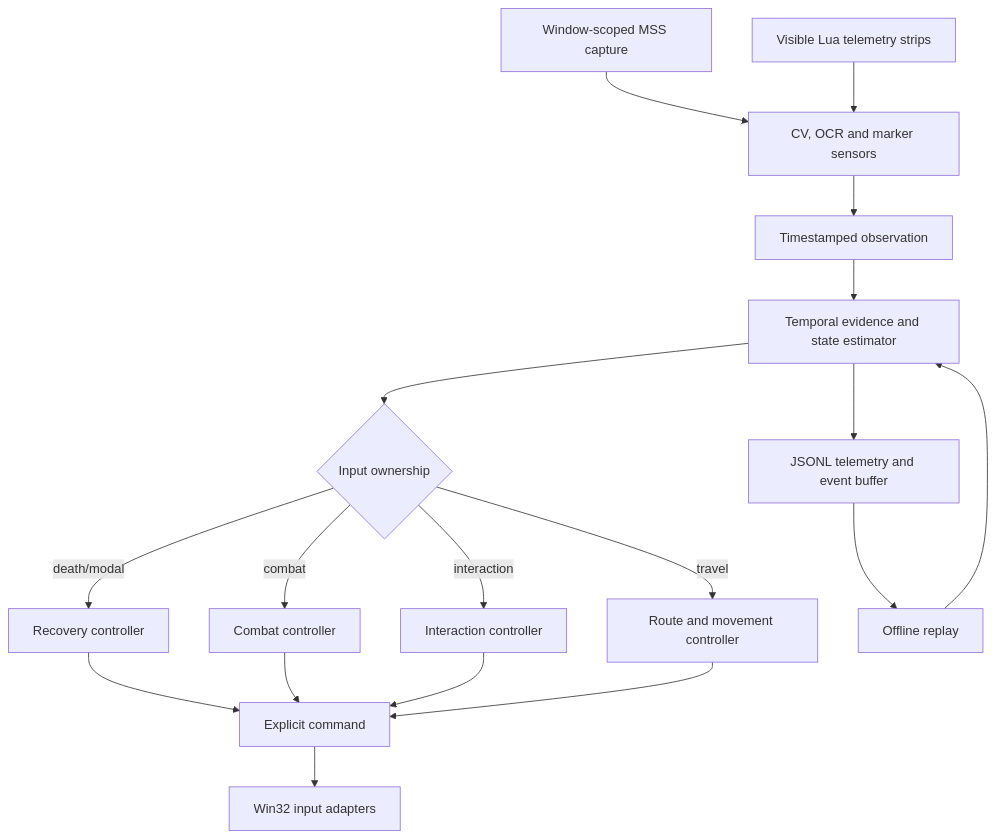
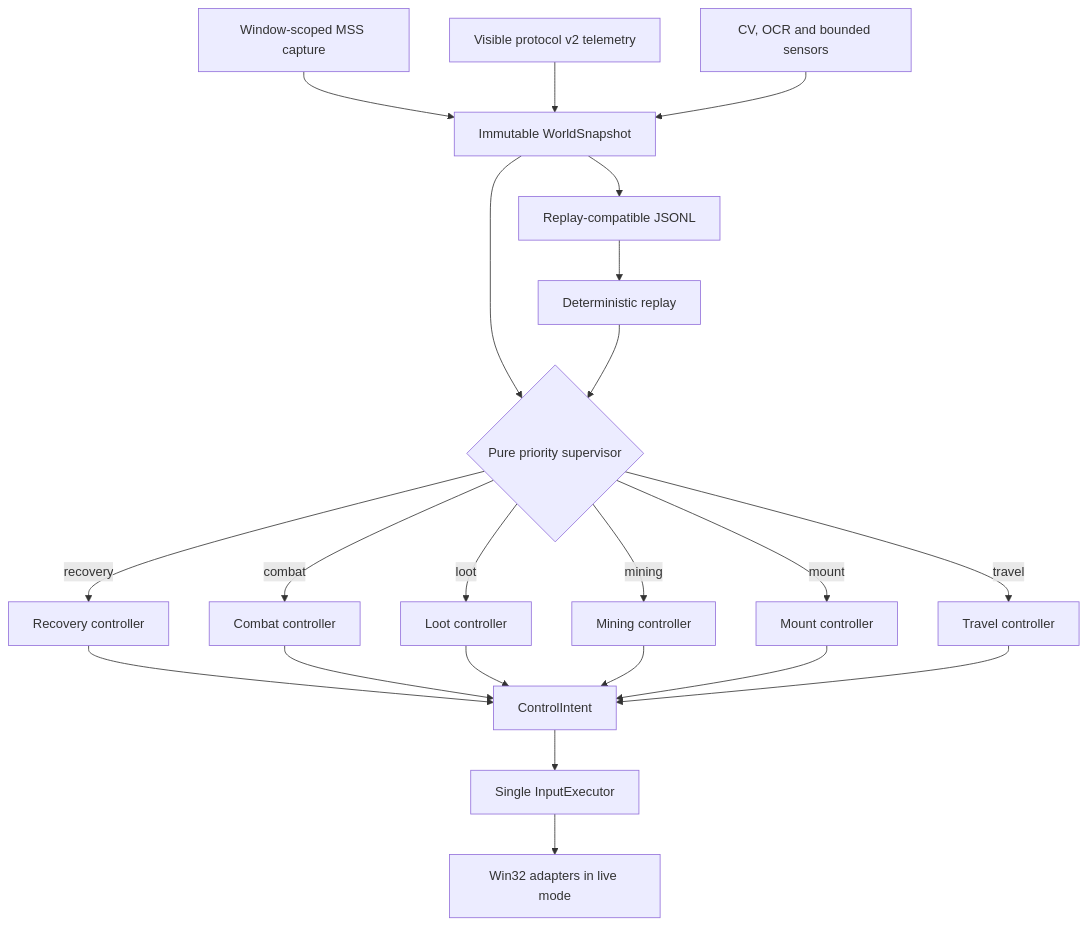
One commit to niczapol/screen-only-visual-agent changed the diagram in docs/ARCHITECTURE.md. Above: the diagram before and after it, drawn with Mermaid. The commit also changed other lines of this file and 80 other files, not shown here.

Commit message:
feat: publish deterministic v0.9 architecture

````diff
--- a/docs/ARCHITECTURE.md
+++ b/docs/ARCHITECTURE.md
@@ -5,20 +5,24 @@
 ```mermaid
 flowchart TD
-    Capture[Window-scoped MSS capture] --> Sensors
-    Addon[Visible Lua telemetry strips] --> Sensors
-    Sensors[CV, OCR and marker sensors] --> Observation[Timestamped observation]
-    Observation --> State[Temporal evidence and state estimator]
-    State --> Arbitration{Input ownership}
-    Arbitration -->|death/modal| Recovery[Recovery controller]
-    Arbitration -->|combat| Combat[Combat controller]
-    Arbitration -->|interaction| Mining[Interaction controller]
-    Arbitration -->|travel| Route[Route and movement controller]
-    Recovery --> Command[Explicit command]
-    Combat --> Command
-    Mining --> Command
-    Route --> Command
-    Command --> Adapters[Win32 input adapters]
-    State --> Telemetry[JSONL telemetry and event buffer]
-    Telemetry --> Replay[Offline replay]
-    Replay --> State
+    Capture[Window-scoped MSS capture] --> Snapshot
+    Addon[Visible protocol v2 telemetry] --> Snapshot
+    Sensors[CV, OCR and bounded sensors] --> Snapshot
+    Snapshot[Immutable WorldSnapshot] --> Supervisor{Pure priority supervisor}
+    Supervisor -->|recovery| Recovery[Recovery controller]
+    Supervisor -->|combat| Combat[Combat controller]
+    Supervisor -->|loot| Loot[Loot controller]
+    Supervisor -->|mining| Mining[Mining controller]
+    Supervisor -->|mount| Mount[Mount controller]
+    Supervisor -->|travel| Route[Travel controller]
+    Recovery --> Intent[ControlIntent]
+    Combat --> Intent
+    Loot --> Intent
+    Mining --> Intent
+    Mount --> Intent
+    Route --> Intent
+    Intent --> Executor[Single InputExecutor]
+    Executor --> Adapters[Win32 adapters in live mode]
+    Snapshot --> Telemetry[Replay-compatible JSONL]
+    Telemetry --> Replay[Deterministic replay]
+    Replay --> Supervisor
 ```
````
